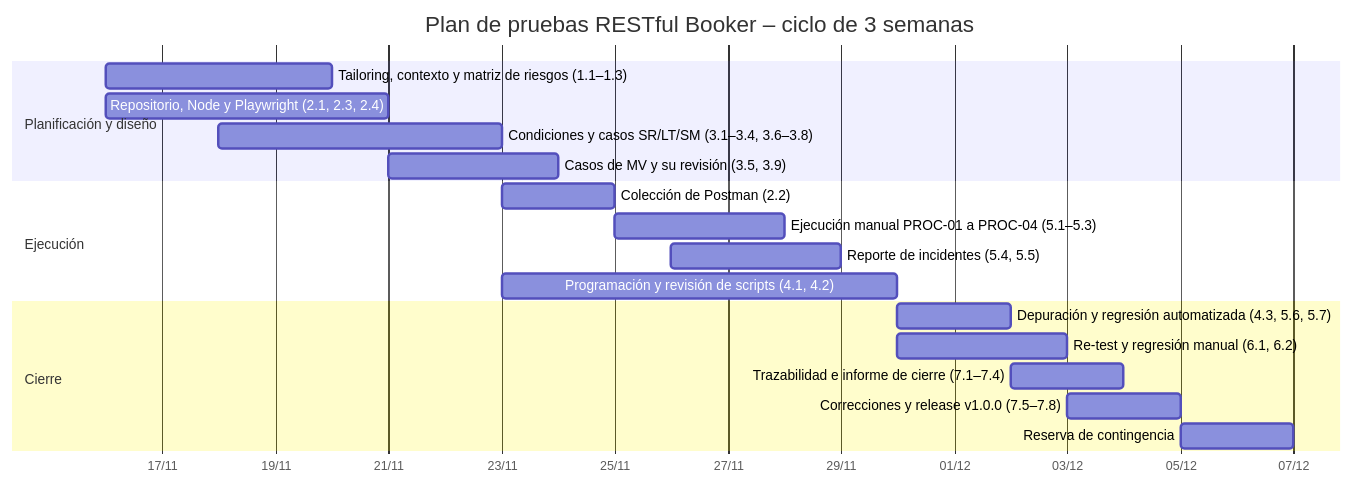
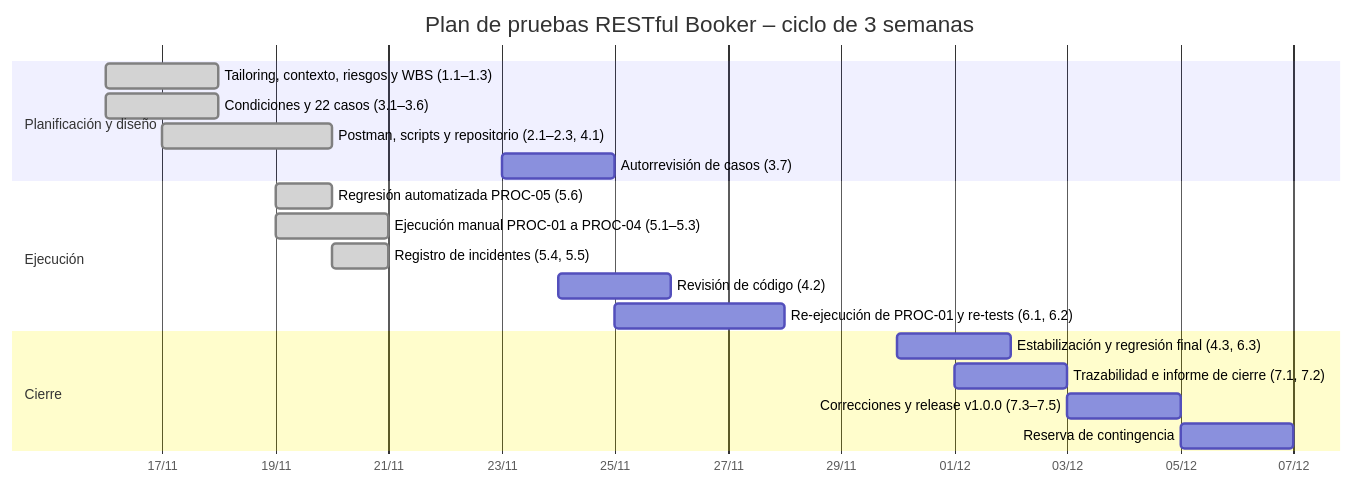
Before and after one commit to SusanaRomero/plan-pruebas-restful-booker: the second of 2 diagrams in docs/plan-de-pruebas.md, drawn with Mermaid. The commit also changed other lines of this file and 35 other files, not shown here.

````diff
--- a/docs/plan-de-pruebas.md
+++ b/docs/plan-de-pruebas.md
@@ -975,22 +1010,22 @@
 ```mermaid
 gantt
     title Plan de pruebas RESTful Booker – ciclo de 3 semanas
     dateFormat YYYY-MM-DD
     axisFormat %d/%m
     section Planificación y diseño
-    Tailoring, contexto y matriz de riesgos (1.1–1.3)   :a1, 2026-11-16, 4d
-    Repositorio, Node y Playwright (2.1, 2.3, 2.4)      :a2, 2026-11-16, 5d
-    Condiciones y casos SR/LT/SM (3.1–3.4, 3.6–3.8)      :a3, 2026-11-18, 5d
-    Casos de MV y su revisión (3.5, 3.9)                 :a4, 2026-11-21, 3d
+    Tailoring, contexto, riesgos y WBS (1.1–1.3)        :done, a1, 2026-11-16, 2d
+    Condiciones y 22 casos (3.1–3.6)                     :done, a2, 2026-11-16, 2d
+    Postman, scripts y repositorio (2.1–2.3, 4.1)        :done, a3, 2026-11-17, 3d
+    Autorrevisión de casos (3.7)                         :a4, 2026-11-23, 2d
     section Ejecución
-    Colección de Postman (2.2)                           :b1, 2026-11-23, 2d
-    Ejecución manual PROC-01 a PROC-04 (5.1–5.3)         :b2, 2026-11-25, 3d
-    Reporte de incidentes (5.4, 5.5)                     :b3, 2026-11-26, 3d
-    Programación y revisión de scripts (4.1, 4.2)        :b4, 2026-11-23, 7d
+    Regresión automatizada PROC-05 (5.6)                 :done, b1, 2026-11-19, 1d
+    Ejecución manual PROC-01 a PROC-04 (5.1–5.3)         :done, b2, 2026-11-19, 2d
+    Registro de incidentes (5.4, 5.5)                    :done, b3, 2026-11-20, 1d
+    Revisión de código (4.2)                             :b4, 2026-11-24, 2d
+    Re-ejecución de PROC-01 y re-tests (6.1, 6.2)        :b5, 2026-11-25, 3d
     section Cierre
-    Depuración y regresión automatizada (4.3, 5.6, 5.7)  :c1, 2026-11-30, 2d
-    Re-test y regresión manual (6.1, 6.2)                :c2, 2026-11-30, 3d
-    Trazabilidad e informe de cierre (7.1–7.4)           :c3, 2026-12-02, 2d
-    Correcciones y release v1.0.0 (7.5–7.8)              :c4, 2026-12-03, 2d
-    Reserva de contingencia                              :c5, 2026-12-05, 2d
+    Estabilización y regresión final (4.3, 6.3)          :c1, 2026-11-30, 2d
+    Trazabilidad e informe de cierre (7.1, 7.2)          :c2, 2026-12-01, 2d
+    Correcciones y release v1.0.0 (7.3–7.5)              :c3, 2026-12-03, 2d
+    Reserva de contingencia                              :c4, 2026-12-05, 2d
 ```
````
